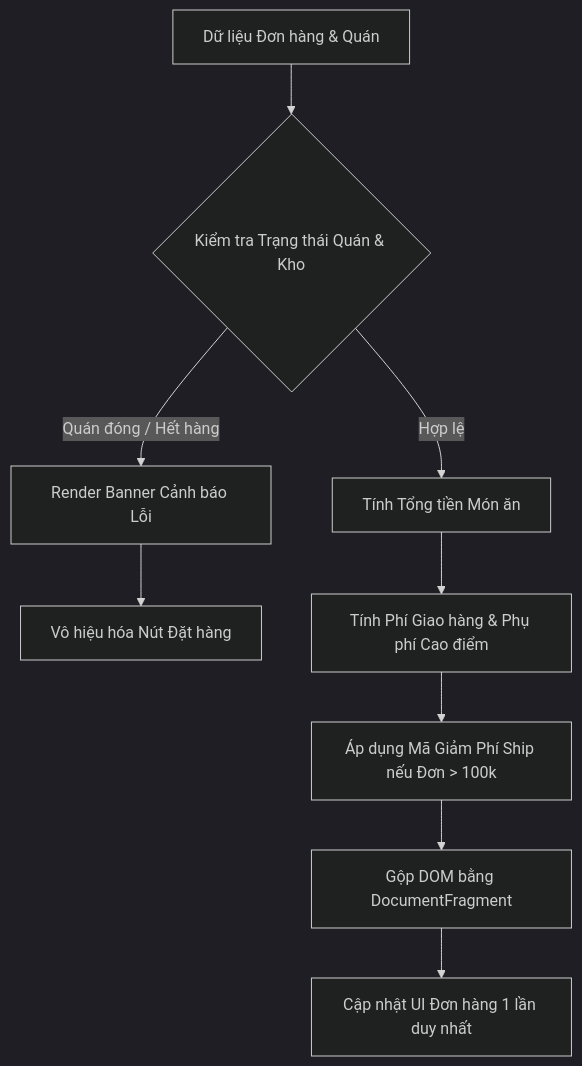
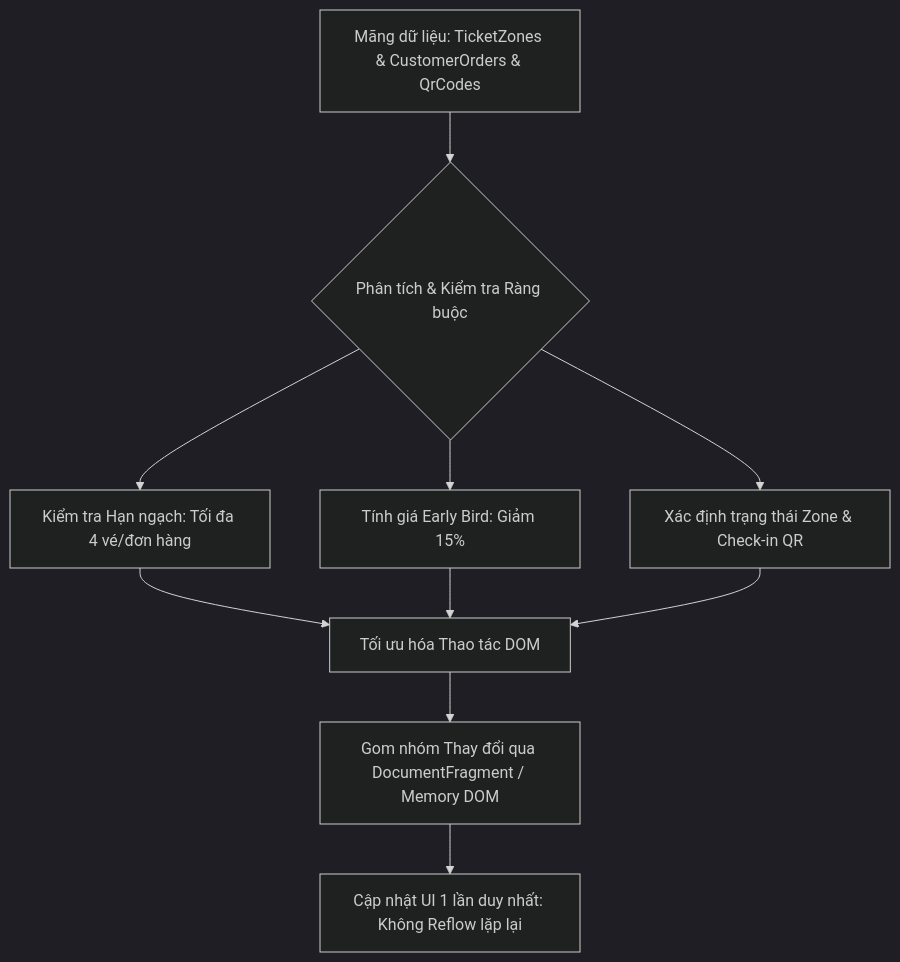
One commit to ngoquy12/learning_material changed the diagram in output/pms/Phát_triển_ứng_dụng_web/Session 17 - Tương tác DOM API (Document Object Model)- Truy xuất và Thay đổi Nội dung/Bài tập/bai_tap_10.md. Above: the diagram before and after it, drawn with Mermaid (dark theme). The commit also changed other lines of this file and 116 other files, not shown here.

Commit message:
fix(homework): standardize 15-exercise Bloom suite naming convention, add synthesis/mindmap exercises, clean legacy stubs, and integrate HomeworkReviewerAgent

````diff
--- a/output/pms/Phát_triển_ứng_dụng_web/Session 17 - Tương tác DOM API (Document Object Model)- Truy xuất và Thay đổi Nội dung/Bài tập/bai_tap_10.md
+++ b/output/pms/Phát_triển_ứng_dụng_web/Session 17 - Tương tác DOM API (Document Object Model)- Truy xuất và Thay đổi Nội dung/Bài tập/bai_tap_10.md
@@ -19,11 +20,10 @@
 ```mermaid
 graph TD
-    A[Dữ liệu Đơn hàng & Quán] --> B{Kiểm tra Trạng thái Quán & Kho}
-    B -- Quán đóng / Hết hàng --> C[Render Banner Cảnh báo Lỗi]
-    C --> D[Vô hiệu hóa Nút Đặt hàng]
-    B -- Hợp lệ --> E[Tính Tổng tiền Món ăn]
-    E --> F[Tính Phí Giao hàng & Phụ phí Cao điểm]
-    F --> G[Áp dụng Mã Giảm Phí Ship nếu Đơn > 100k]
-    G --> H[Gộp DOM bằng DocumentFragment]
-    H --> I[Cập nhật UI Đơn hàng 1 lần duy nhất]
+    A[Mãng dữ liệu: TicketZones & CustomerOrders & QrCodes] --> B{Phân tích & Kiểm tra Ràng buộc}
+    B --> C[Kiểm tra Hạn ngạch: Tối đa 4 vé/đơn hàng]
+    B --> D[Tính giá Early Bird: Giảm 15%]
+    B --> E[Xác định trạng thái Zone & Check-in QR]
+    C & D & E --> F[Tối ưu hóa Thao tác DOM]
+    F --> G[Gom nhóm Thay đổi qua DocumentFragment / Memory DOM]
+    G --> H[Cập nhật UI 1 lần duy nhất: Không Reflow lặp lại]
 ```
````
